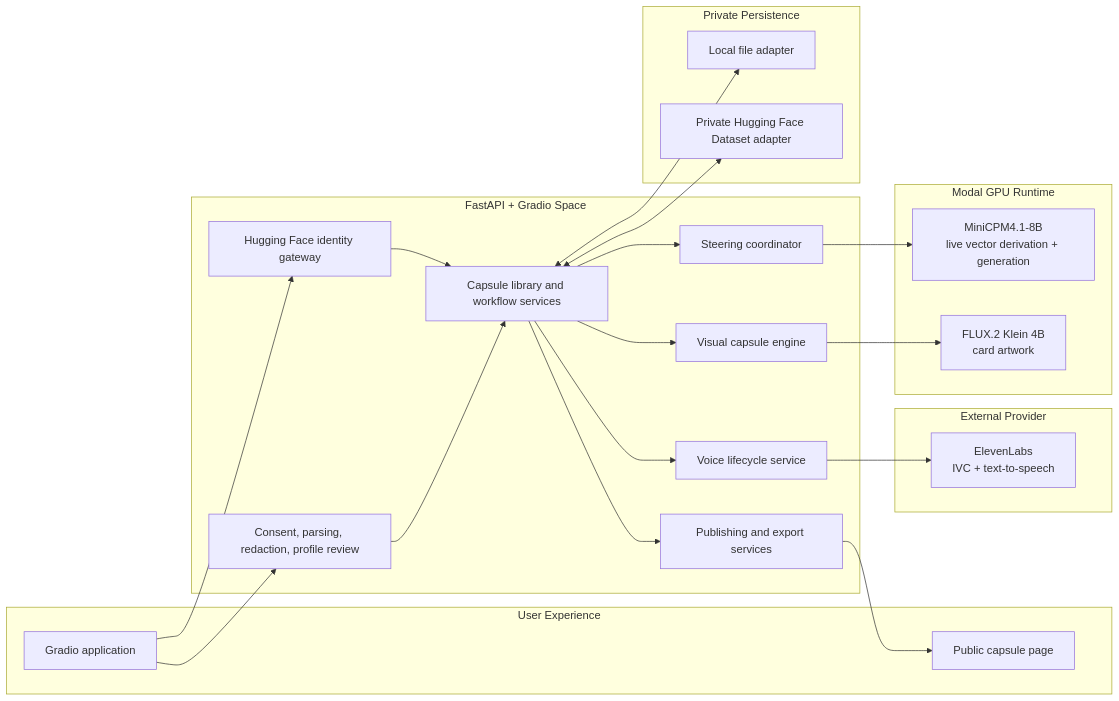
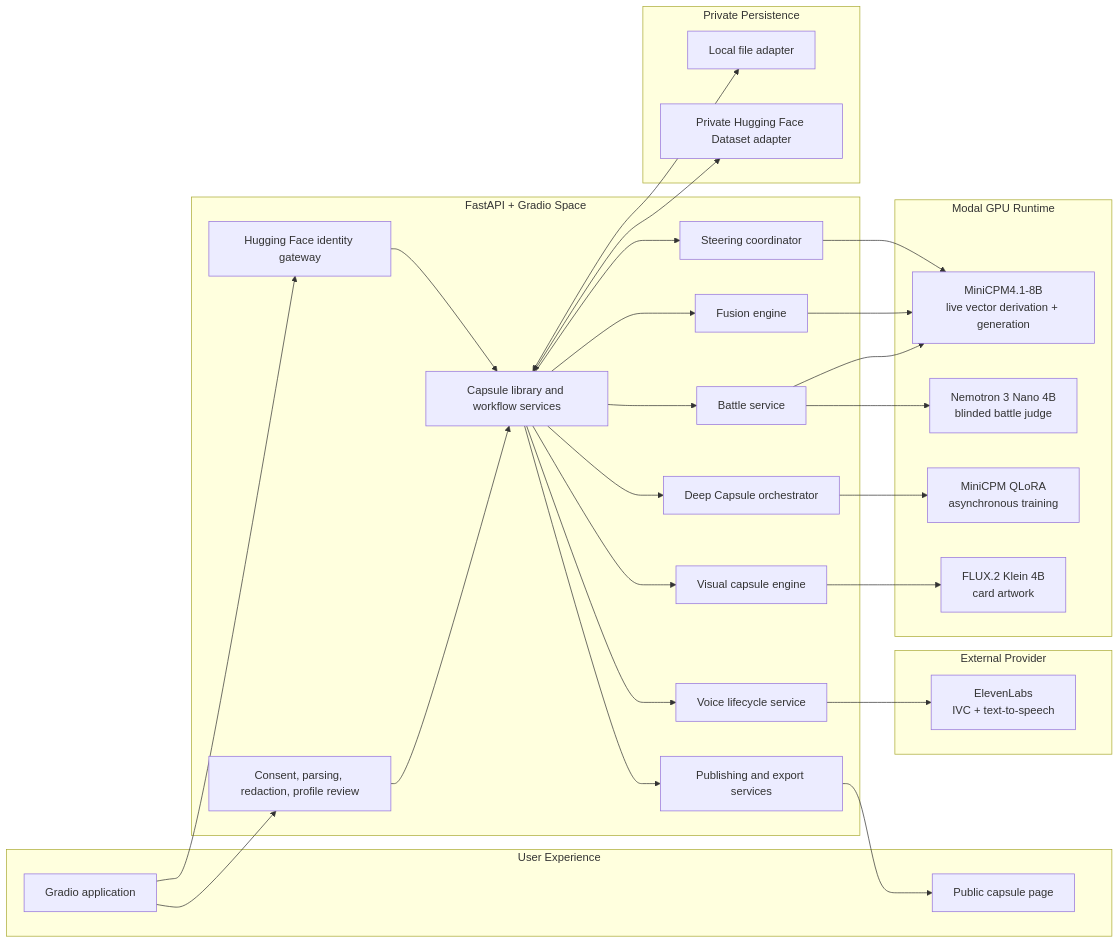
One commit to perfect7613/persona-capsule changed the second of 3 diagrams in README.md. Above: the diagram before and after it, drawn with Mermaid. The commit also changed other lines of this file and 32 other files, not shown here.

Commit message:
Complete fusion battle and Deep Capsule slices

````diff
--- a/README.md
+++ b/README.md
@@ -103,46 +133,58 @@
 ```mermaid
 flowchart LR
     subgraph Client["User Experience"]
         UI["Gradio application"]
         Share["Public capsule page"]
     end
 
     subgraph Space["FastAPI + Gradio Space"]
         Identity["Hugging Face identity gateway"]
         Ingestion["Consent, parsing, redaction, profile review"]
         Library["Capsule library and workflow services"]
         Steering["Steering coordinator"]
+        Fusion["Fusion engine"]
+        Battle["Battle service"]
+        Deep["Deep Capsule orchestrator"]
         Visual["Visual capsule engine"]
         Voice["Voice lifecycle service"]
         Publishing["Publishing and export services"]
     end
 
     subgraph Storage["Private Persistence"]
         Local["Local file adapter"]
         Hub["Private Hugging Face Dataset adapter"]
     end
 
     subgraph ModalRuntime["Modal GPU Runtime"]
         MiniCPM["MiniCPM4.1-8B\nlive vector derivation + generation"]
         Flux["FLUX.2 Klein 4B\ncard artwork"]
+        Nemotron["Nemotron 3 Nano 4B\nblinded battle judge"]
+        Trainer["MiniCPM QLoRA\nasynchronous training"]
     end
 
     subgraph Providers["External Provider"]
         ElevenLabs["ElevenLabs\nIVC + text-to-speech"]
     end
 
     UI --> Identity
     UI --> Ingestion
     Ingestion --> Library
     Identity --> Library
     Library <--> Local
     Library <--> Hub
     Library --> Steering
     Steering --> MiniCPM
+    Library --> Fusion
+    Fusion --> MiniCPM
+    Library --> Battle
+    Battle --> MiniCPM
+    Battle --> Nemotron
+    Library --> Deep
+    Deep --> Trainer
     Library --> Visual
     Visual --> Flux
     Library --> Voice
     Voice --> ElevenLabs
     Library --> Publishing
     Publishing --> Share
 ```
````
